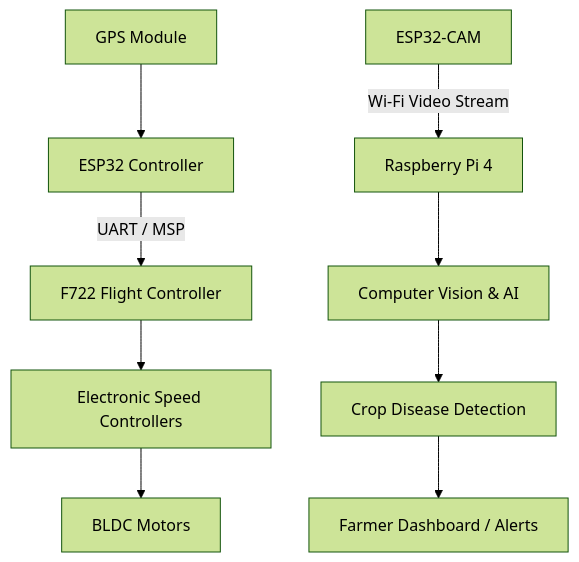
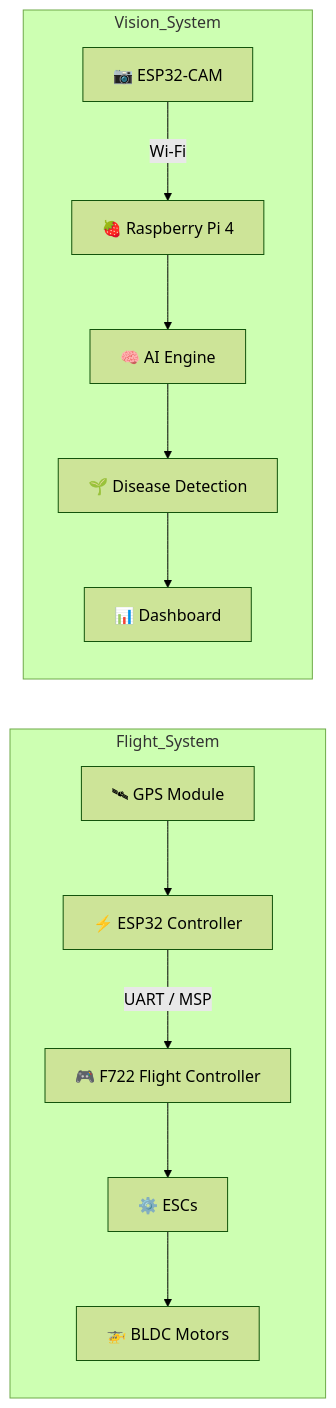
The diagram in README.md (aarushpandit01/Agrosense-Drone), drawn with Mermaid (forest theme) before and after one commit. The commit also changed other lines of this file, not shown here.

````diff
--- a/README.md
+++ b/README.md
@@ -6,27 +48,29 @@
 ```mermaid
-flowchart TD
+flowchart LR
 
-%% Flight Control
-GPS[GPS Module]
-ESP32[ESP32 Controller]
-F722[F722 Flight Controller]
-ESC[Electronic Speed Controllers]
-MOTORS[BLDC Motors]
+subgraph Flight_System
+GPS[🛰 GPS Module]
+ESP32[⚡ ESP32 Controller]
+F722[🎮 F722 Flight Controller]
+ESC[⚙️ ESCs]
+MOTORS[🚁 BLDC Motors]
 
 GPS --> ESP32
 ESP32 -->|UART / MSP| F722
 F722 --> ESC
 ESC --> MOTORS
+end
 
-%% AI Pipeline
-CAM[ESP32-CAM]
-PI[Raspberry Pi 4]
-AI[Computer Vision & AI]
-DISEASE[Crop Disease Detection]
-ALERTS[Farmer Dashboard / Alerts]
+subgraph Vision_System
+CAM[📷 ESP32-CAM]
+PI[🍓 Raspberry Pi 4]
+AI[🧠 AI Engine]
+DISEASE[🌱 Disease Detection]
+DASH[📊 Dashboard]
 
-CAM -->|Wi-Fi Video Stream| PI
+CAM -->|Wi-Fi| PI
 PI --> AI
 AI --> DISEASE
-DISEASE --> ALERTS
+DISEASE --> DASH
+end
 ```
````
